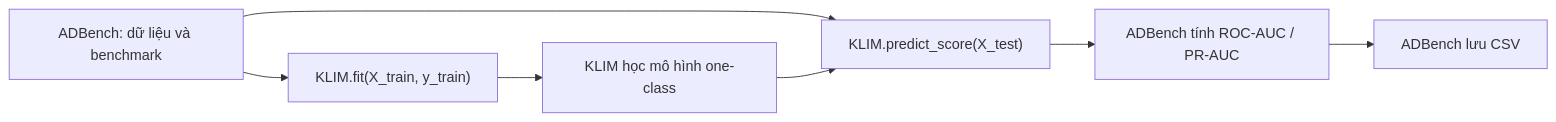
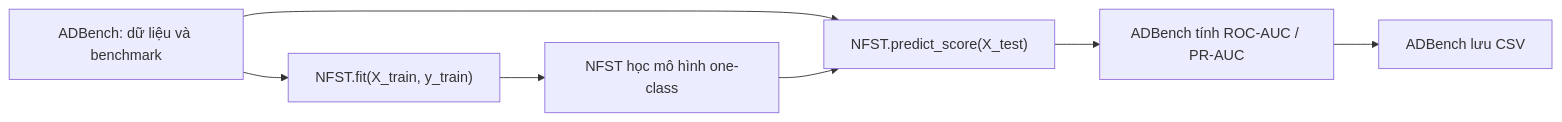
The first of 4 diagrams in PROJECT_GUIDE_VI.md (hdev410/KLIM), drawn with Mermaid before and after one commit. The commit also changed other lines of this file and 33 other files, not shown here.

````diff
--- a/PROJECT_GUIDE_VI.md
+++ b/PROJECT_GUIDE_VI.md
@@ -29,9 +29,9 @@
 ```mermaid
 flowchart LR
-    A["ADBench: dữ liệu và benchmark"] --> B["KLIM.fit(X_train, y_train)"]
-    B --> C["KLIM học mô hình one-class"]
-    A --> D["KLIM.predict_score(X_test)"]
+    A["ADBench: dữ liệu và benchmark"] --> B["NFST.fit(X_train, y_train)"]
+    B --> C["NFST học mô hình one-class"]
+    A --> D["NFST.predict_score(X_test)"]
     C --> D
     D --> E["ADBench tính ROC-AUC / PR-AUC"]
     E --> F["ADBench lưu CSV"]
 ```
````
